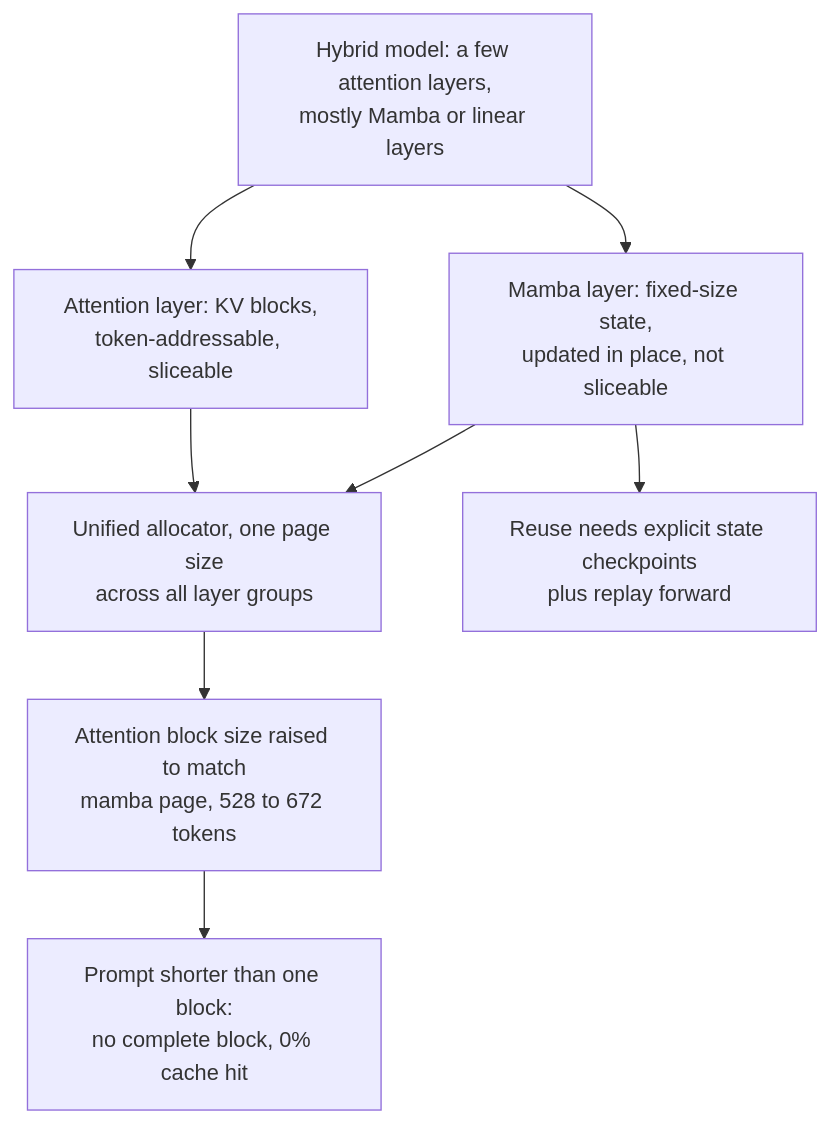
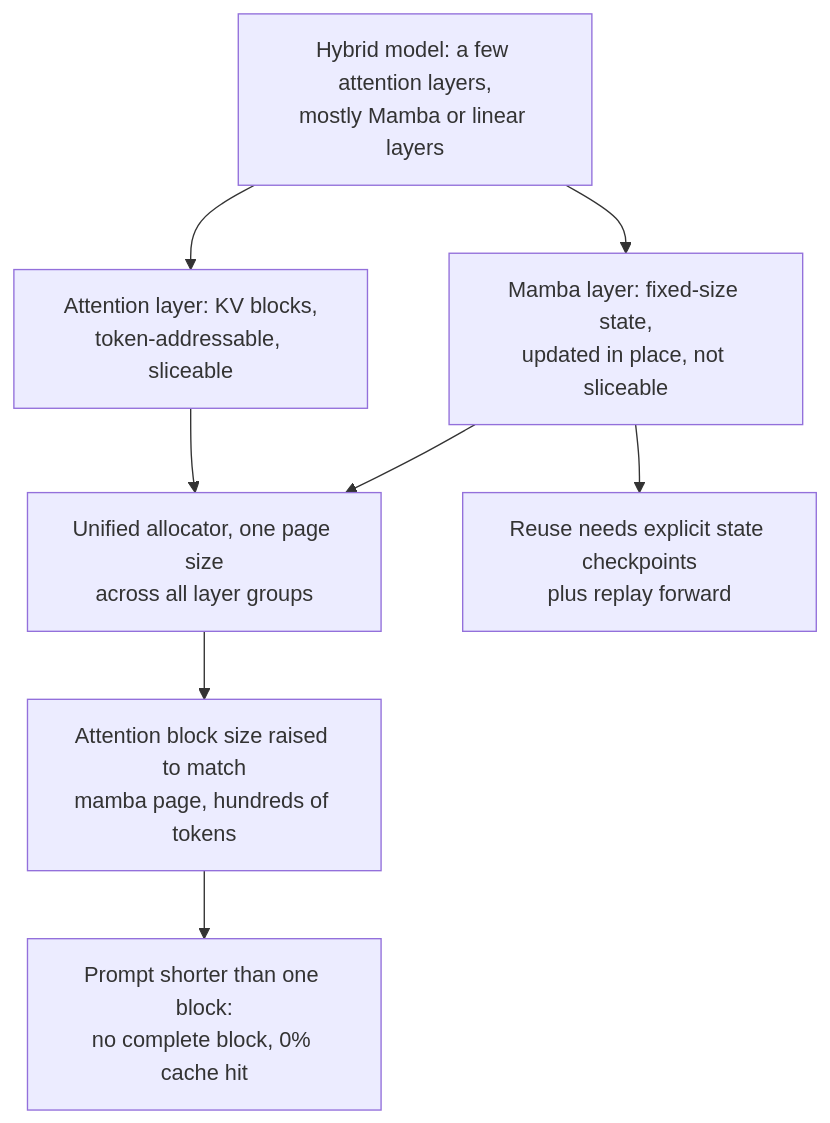
Before and after one commit to mmousom/AI-Engineer-Interview-Questions: diagram 26 of 28 in 08-inference-and-production/questions.md, drawn with Mermaid. The commit also changed other lines of this file and 21 other files, not shown here.

````diff
--- a/08-inference-and-production/questions.md
+++ b/08-inference-and-production/questions.md
@@ -1338,10 +1417,10 @@
 ```mermaid
 flowchart TD
     M["Hybrid model: a few attention layers,<br/>mostly Mamba or linear layers"] --> A["Attention layer: KV blocks,<br/>token-addressable, sliceable"]
     M --> S["Mamba layer: fixed-size state,<br/>updated in place, not sliceable"]
     A --> U["Unified allocator, one page size<br/>across all layer groups"]
     S --> U
-    U --> B["Attention block size raised to match<br/>mamba page, 528 to 672 tokens"]
+    U --> B["Attention block size raised to match<br/>mamba page, hundreds of tokens"]
     B --> H["Prompt shorter than one block:<br/>no complete block, 0% cache hit"]
     S --> C["Reuse needs explicit state checkpoints<br/>plus replay forward"]
 ```
````
